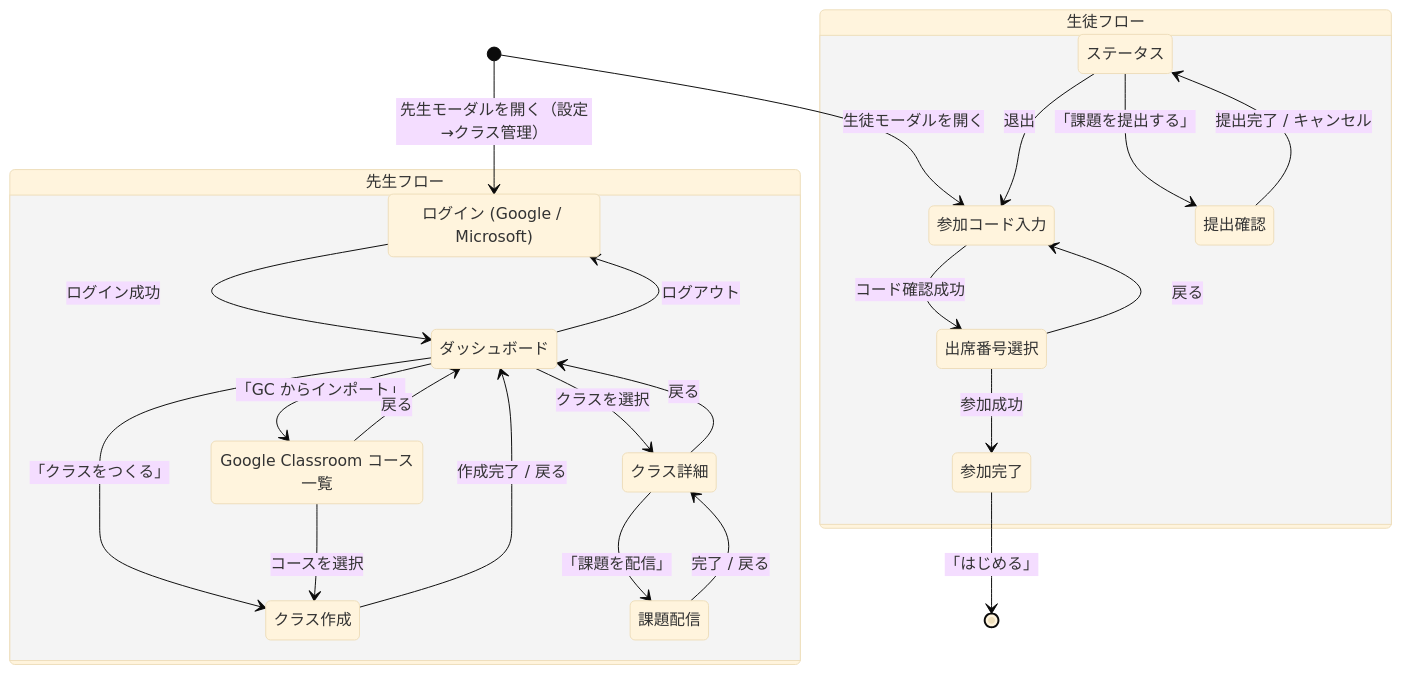
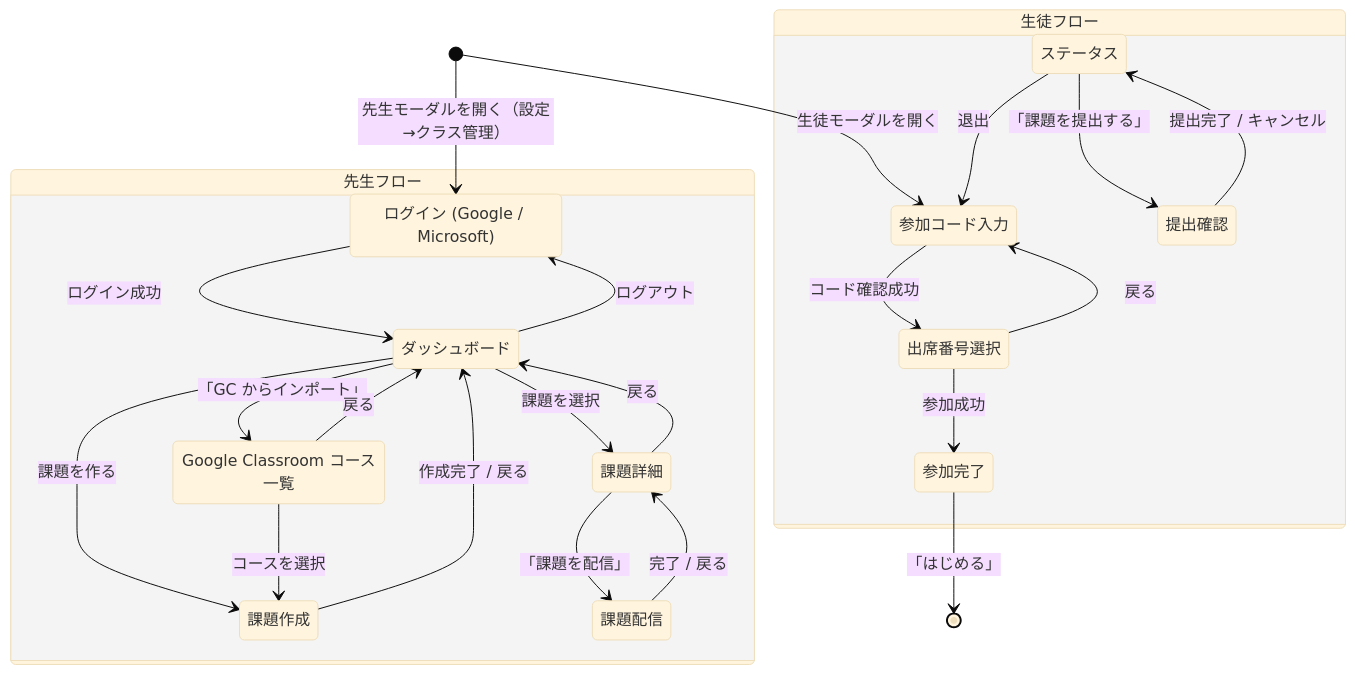
One commit to smalruby/smalruby3-editor changed the diagram in docs/classroom/ui-ux.md. Above: the diagram before and after it, drawn with Mermaid (base theme). The commit also changed other lines of this file, not shown here.

````diff
--- a/docs/classroom/ui-ux.md
+++ b/docs/classroom/ui-ux.md
@@ -5,42 +5,42 @@
 ```mermaid
 stateDiagram-v2
     state "先生フロー" as teacher {
         state "ログイン (Google / Microsoft)" as teacher_login
         state "ダッシュボード" as teacher_dashboard
-        state "クラス作成" as teacher_create
-        state "クラス詳細" as teacher_detail
+        state "課題作成" as teacher_create
+        state "課題詳細" as teacher_detail
         state "Google Classroom コース一覧" as teacher_gc
         state "課題配信" as teacher_post
     }
     state "生徒フロー" as student {
         state "参加コード入力" as student_join
         state "出席番号選択" as student_seat
         state "参加完了" as student_joined
         state "ステータス" as student_status
         state "提出確認" as student_confirm
     }
 
     [*] --> student_join: 生徒モーダルを開く
     [*] --> teacher_login: 先生モーダルを開く（設定→クラス管理）
 
     teacher_login --> teacher_dashboard: ログイン成功
-    teacher_dashboard --> teacher_create: 「クラスをつくる」
-    teacher_dashboard --> teacher_detail: クラスを選択
+    teacher_dashboard --> teacher_create: 課題を作る
+    teacher_dashboard --> teacher_detail: 課題を選択
     teacher_dashboard --> teacher_gc: 「GC からインポート」
     teacher_dashboard --> teacher_login: ログアウト
     teacher_create --> teacher_dashboard: 作成完了 / 戻る
     teacher_detail --> teacher_dashboard: 戻る
     teacher_detail --> teacher_post: 「課題を配信」
     teacher_post --> teacher_detail: 完了 / 戻る
     teacher_gc --> teacher_create: コースを選択
     teacher_gc --> teacher_dashboard: 戻る
 
     student_join --> student_seat: コード確認成功
     student_seat --> student_joined: 参加成功
     student_seat --> student_join: 戻る
     student_joined --> [*]: 「はじめる」
 
     student_status --> student_confirm: 「課題を提出する」
     student_status --> student_join: 退出
     student_confirm --> student_status: 提出完了 / キャンセル
 ```
````
